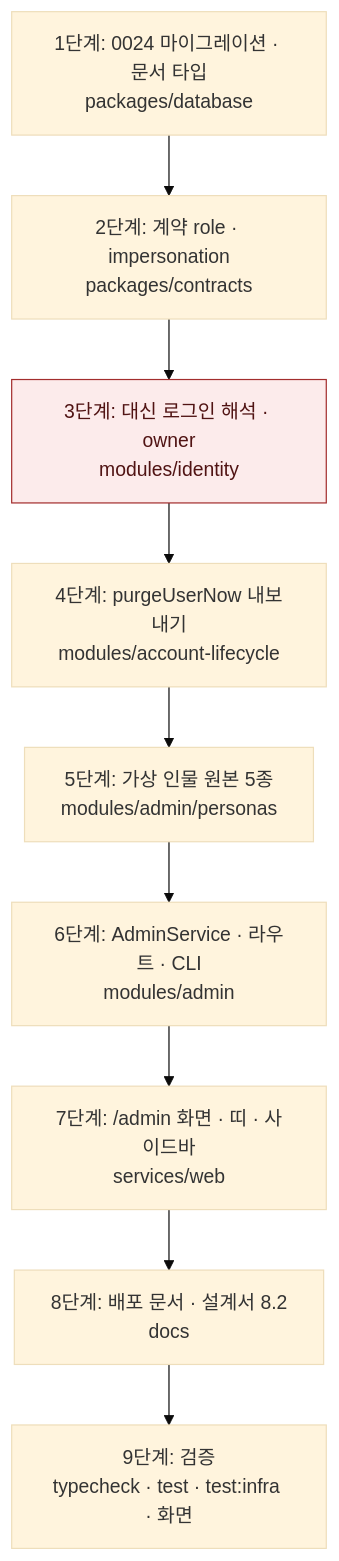
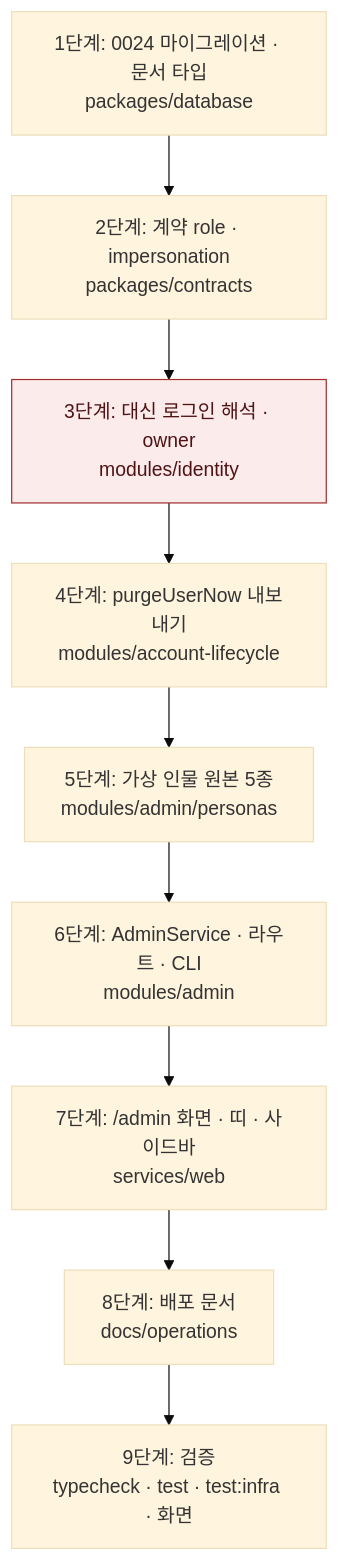
The diagram in .intent/plan_dummy-dev-accounts.md (Expresso-Organization/expresso), drawn with Mermaid (base theme) before and after one commit. The commit also changed other lines of this file and 1 other file, not shown here.

````diff
--- a/.intent/plan_dummy-dev-accounts.md
+++ b/.intent/plan_dummy-dev-accounts.md
@@ -49,12 +50,12 @@
 ```mermaid
 flowchart TD
   S1["1단계: 0024 마이그레이션 · 문서 타입<br/>packages/database"] --> S2["2단계: 계약 role · impersonation<br/>packages/contracts"]
   S2 --> S3["3단계: 대신 로그인 해석 · owner<br/>modules/identity"]:::risk
   S3 --> S4["4단계: purgeUserNow 내보내기<br/>modules/account-lifecycle"]
   S4 --> S5["5단계: 가상 인물 원본 5종<br/>modules/admin/personas"]
   S5 --> S6["6단계: AdminService · 라우트 · CLI<br/>modules/admin"]
   S6 --> S7["7단계: /admin 화면 · 띠 · 사이드바<br/>services/web"]
-  S7 --> S8["8단계: 배포 문서 · 설계서 8.2<br/>docs"]
+  S7 --> S8["8단계: 배포 문서<br/>docs/operations"]
   S8 --> S9["9단계: 검증<br/>typecheck · test · test:infra · 화면"]
   classDef risk fill:#FCEBEB,stroke:#A32D2D,color:#501313
 ```
````
